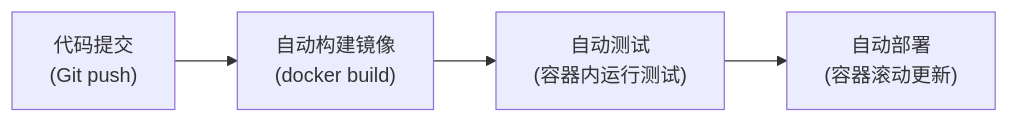
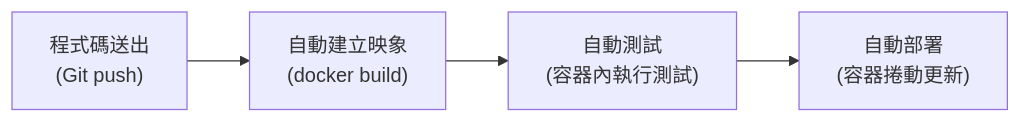
One commit to doggy8088/docker_practice changed the third of 4 diagrams in 01_introduction/1.3_why.md. Above: the diagram before and after it, drawn with Mermaid. The commit also changed other lines of this file and 211 other files, not shown here.

````diff
--- a/01_introduction/1.3_why.md
+++ b/01_introduction/1.3_why.md
@@ -136,6 +136,6 @@
 ```mermaid
 flowchart LR
-    A["代码提交<br/>(Git push)"] --> B["自动构建镜像<br/>(docker build)"]
-    B --> C["自动测试<br/>(容器内运行测试)"]
-    C --> D["自动部署<br/>(容器滚动更新)"]
+    A["程式碼送出<br/>(Git push)"] --> B["自動建立映象<br/>(docker build)"]
+    B --> C["自動測試<br/>(容器內執行測試)"]
+    C --> D["自動部署<br/>(容器捲動更新)"]
 ```
````
